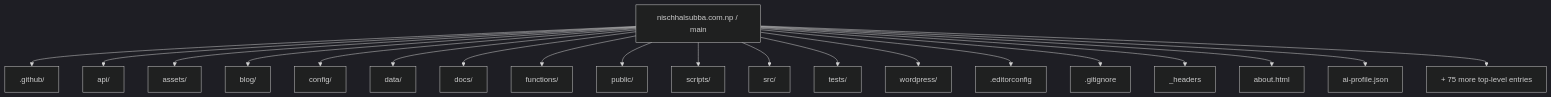
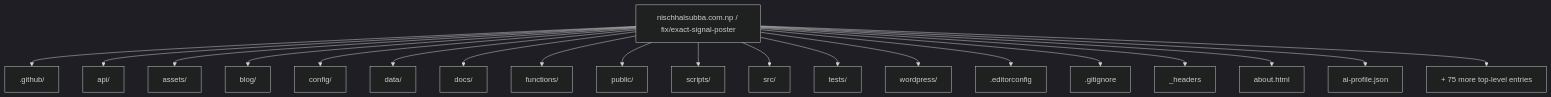
The first of 8 diagrams in README.md (Nischhalsubba/nischhalsubba.com.np), drawn with Mermaid (dark theme) before and after one commit. The commit also changed other lines of this file, not shown here.

````diff
--- a/README.md
+++ b/README.md
@@ -58,23 +58,23 @@
 ```mermaid
 flowchart TD
-    ROOT["nischhalsubba.com.np / main"]
+    ROOT["nischhalsubba.com.np / fix/exact-signal-poster"]
     ROOT --> P0[".github/"]
     ROOT --> P1["api/"]
     ROOT --> P2["assets/"]
     ROOT --> P3["blog/"]
     ROOT --> P4["config/"]
     ROOT --> P5["data/"]
     ROOT --> P6["docs/"]
     ROOT --> P7["functions/"]
     ROOT --> P8["public/"]
     ROOT --> P9["scripts/"]
     ROOT --> P10["src/"]
     ROOT --> P11["tests/"]
     ROOT --> P12["wordpress/"]
     ROOT --> P13[".editorconfig"]
     ROOT --> P14[".gitignore"]
     ROOT --> P15["_headers"]
     ROOT --> P16["about.html"]
     ROOT --> P17["ai-profile.json"]
     ROOT --> MORE["+ 75 more top-level entries"]
 ```
````
